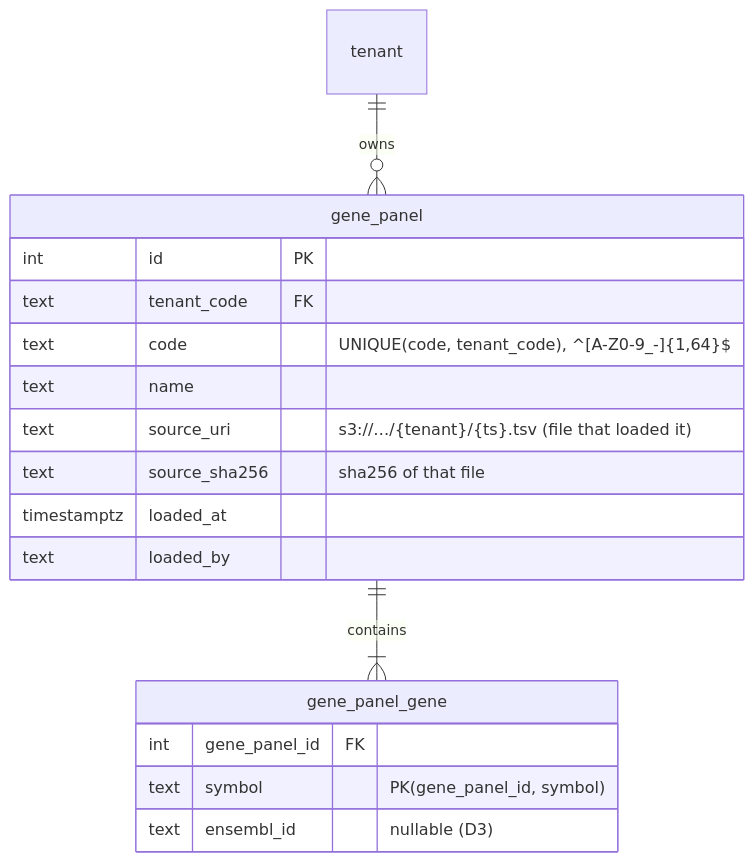
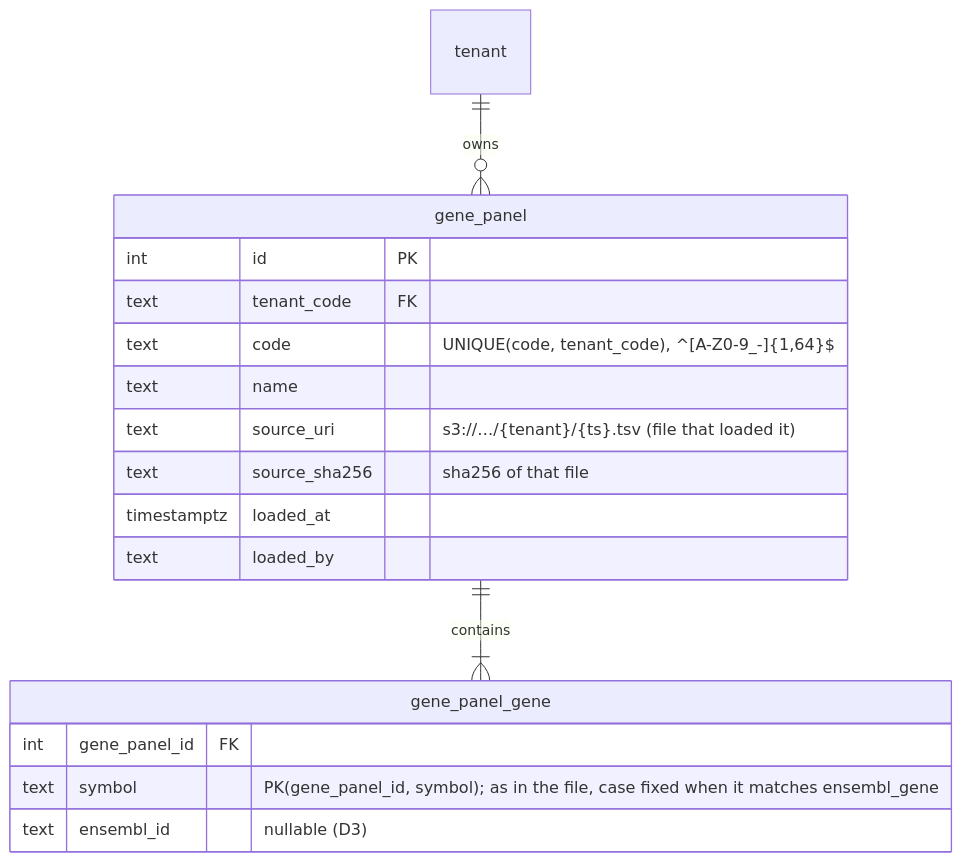
One commit to radiant-network/radiant-hub changed the fourth of 6 diagrams in docs/features/RAD-10-filtered-variants-by-gene-panels.md. Above: the diagram before and after it, drawn with Mermaid. The commit also changed other lines of this file, not shown here.

Commit message:
feat: rad-11 add more details about gene pre-filtering

````diff
--- a/docs/features/RAD-10-filtered-variants-by-gene-panels.md
+++ b/docs/features/RAD-10-filtered-variants-by-gene-panels.md
@@ -151,20 +153,20 @@
 ```mermaid
 erDiagram
   tenant ||--o{ gene_panel : owns
   gene_panel ||--|{ gene_panel_gene : contains
   gene_panel {
     int id PK
     text tenant_code FK
     text code "UNIQUE(code, tenant_code), ^[A-Z0-9_-]{1,64}$"
     text name
     text source_uri "s3://…/{tenant}/{ts}.tsv (file that loaded it)"
     text source_sha256 "sha256 of that file"
     timestamptz loaded_at
     text loaded_by
   }
   gene_panel_gene {
     int gene_panel_id FK
-    text symbol "PK(gene_panel_id, symbol)"
+    text symbol "PK(gene_panel_id, symbol); as in the file, case fixed when it matches ensembl_gene"
     text ensembl_id "nullable (D3)"
   }
 ```
````
